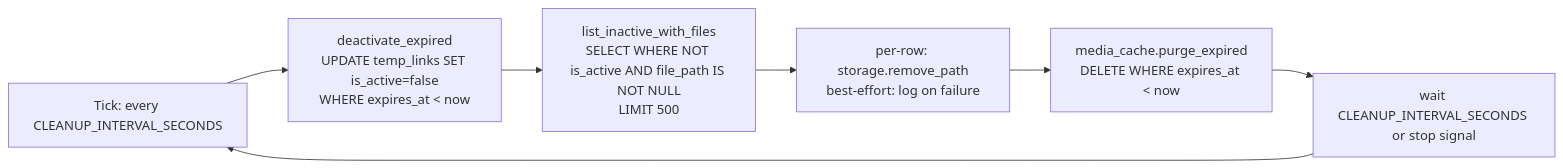
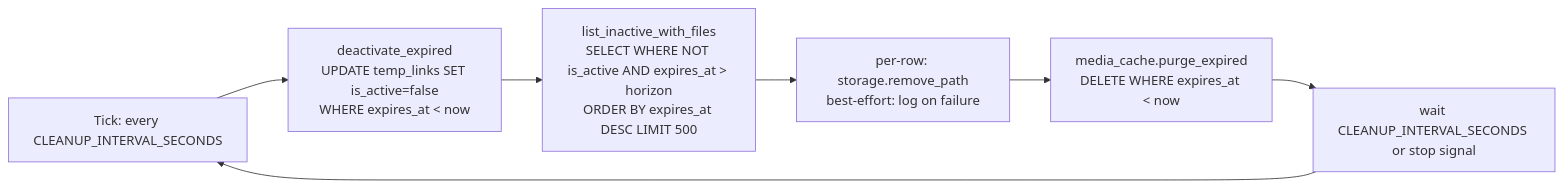
Before and after one commit to ariestop/DWTGBot: the first of 2 diagrams in docs/23-cleanup-retention.md, drawn with Mermaid. The commit also changed other lines of this file and 10 other files, not shown here.

````diff
--- a/docs/23-cleanup-retention.md
+++ b/docs/23-cleanup-retention.md
@@ -187,10 +187,10 @@
 ```mermaid
 flowchart LR
   S[Tick: every CLEANUP_INTERVAL_SECONDS]
   S --> D[deactivate_expired<br/>UPDATE temp_links SET is_active=false<br/>WHERE expires_at &lt; now]
-  D --> L[list_inactive_with_files<br/>SELECT WHERE NOT is_active AND file_path IS NOT NULL<br/>LIMIT 500]
+  D --> L[list_inactive_with_files<br/>SELECT WHERE NOT is_active AND expires_at &gt; horizon<br/>ORDER BY expires_at DESC LIMIT 500]
   L --> P[per-row: storage.remove_path<br/>best-effort: log on failure]
   P --> M[media_cache.purge_expired<br/>DELETE WHERE expires_at &lt; now]
   M --> W[wait CLEANUP_INTERVAL_SECONDS or stop signal]
   W --> S
 ```
````
